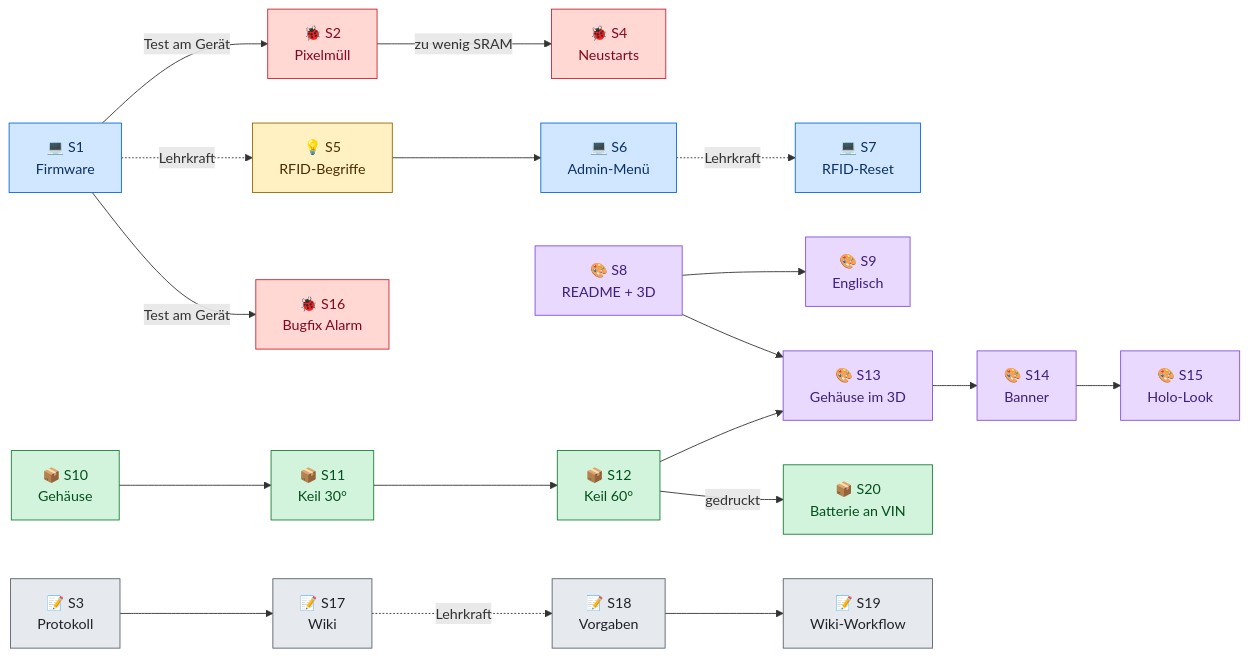
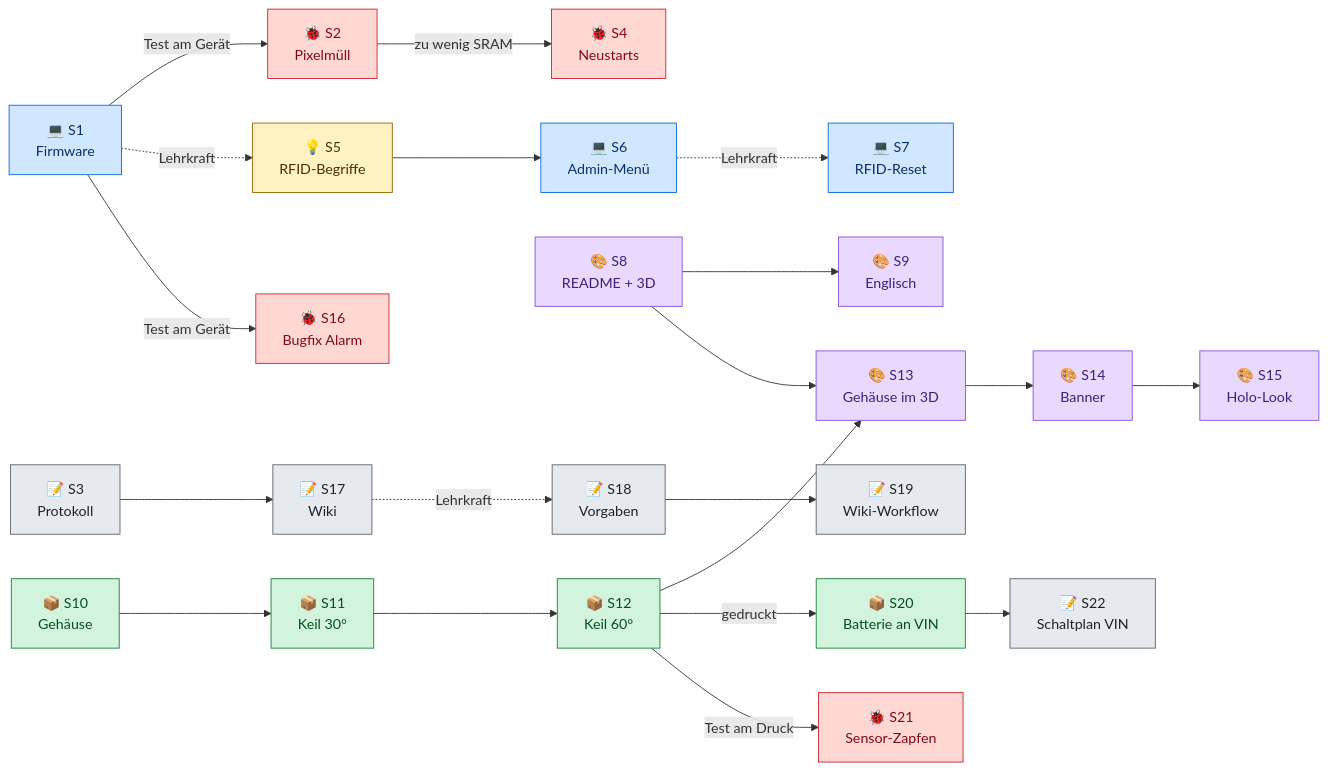
One commit to BBZ-AIFS51/LF7-Projekt_GAS changed the second of 3 diagrams in wiki/Entwicklungsverlauf.md. Above: the diagram before and after it, drawn with Mermaid. The commit also changed other lines of this file and 13 other files, not shown here.

First line of the commit message:
Stronger sensor screw posts, battery on VIN in the schematic

````diff
--- a/wiki/Entwicklungsverlauf.md
+++ b/wiki/Entwicklungsverlauf.md
@@ -60,49 +62,53 @@
 ```mermaid
 flowchart LR
     P1["💻 S1<br/>Firmware"]
     P2["🐞 S2<br/>Pixelmüll"]
     P3["📝 S3<br/>Protokoll"]
     P4["🐞 S4<br/>Neustarts"]
     P5["💡 S5<br/>RFID-Begriffe"]
     P6["💻 S6<br/>Admin-Menü"]
     P7["💻 S7<br/>RFID-Reset"]
     P8["🎨 S8<br/>README + 3D"]
     P9["🎨 S9<br/>Englisch"]
     P10["📦 S10<br/>Gehäuse"]
     P11["📦 S11<br/>Keil 30°"]
     P12["📦 S12<br/>Keil 60°"]
     P13["🎨 S13<br/>Gehäuse im 3D"]
     P14["🎨 S14<br/>Banner"]
     P15["🎨 S15<br/>Holo-Look"]
     P16["🐞 S16<br/>Bugfix Alarm"]
     P17["📝 S17<br/>Wiki"]
     P18["📝 S18<br/>Vorgaben"]
     P19["📝 S19<br/>Wiki-Workflow"]
     P20["📦 S20<br/>Batterie an VIN"]
+    P21["🐞 S21<br/>Sensor-Zapfen"]
+    P22["📝 S22<br/>Schaltplan VIN"]
 
     P1 -- "Test am Gerät" --> P2 -- "zu wenig SRAM" --> P4
     P1 -. "Lehrkraft" .-> P5 --> P6
     P6 -. "Lehrkraft" .-> P7
     P1 -- "Test am Gerät" --> P16
     P8 --> P9
     P8 --> P13
     P10 --> P11 --> P12 --> P13
     P12 -- "gedruckt" --> P20
+    P12 -- "Test am Druck" --> P21
+    P20 --> P22
     P13 --> P14 --> P15
     P3 --> P17
     P17 -. "Lehrkraft" .-> P18
     P18 --> P19
 
     classDef fw fill:#d0e7ff,stroke:#0969da,color:#0a3069
     classDef bug fill:#ffd8d3,stroke:#cf222e,color:#82071e
     classDef info fill:#fff1c2,stroke:#9a6700,color:#4d2d00
     classDef vis fill:#ead9ff,stroke:#8250df,color:#3e1f79
     classDef box fill:#d2f4dc,stroke:#1a7f37,color:#044f1e
     classDef doc fill:#e6e9ed,stroke:#59636e,color:#1f2328
     class P1,P6,P7 fw
-    class P2,P4,P16 bug
+    class P2,P4,P16,P21 bug
     class P5 info
     class P8,P9,P13,P14,P15 vis
     class P10,P11,P12,P20 box
-    class P3,P17,P18,P19 doc
+    class P3,P17,P18,P19,P22 doc
 ```
````
